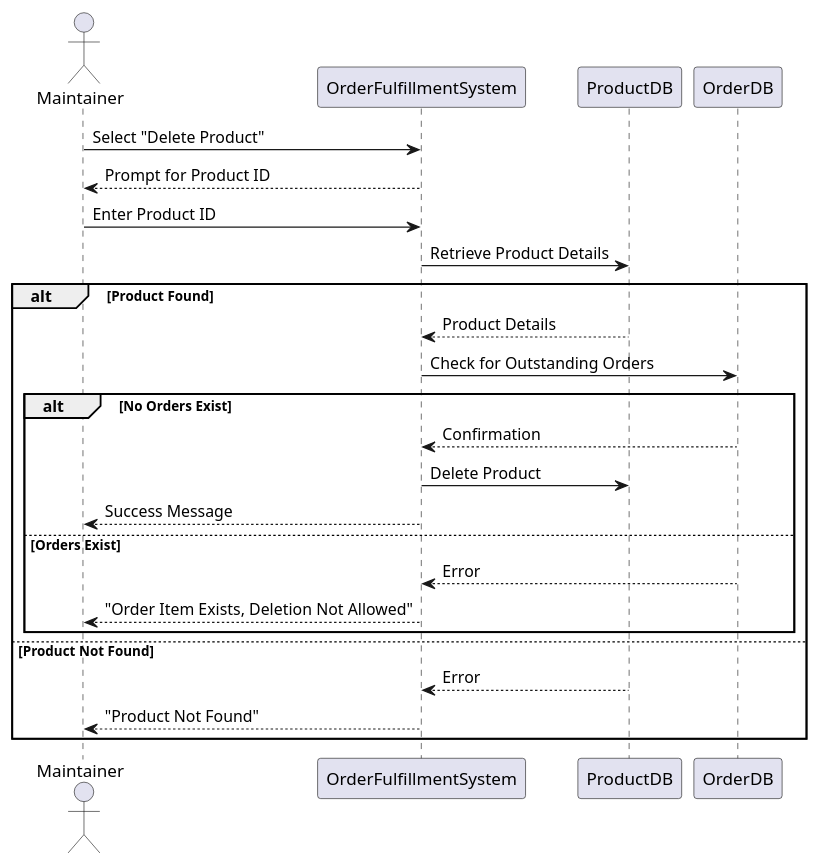
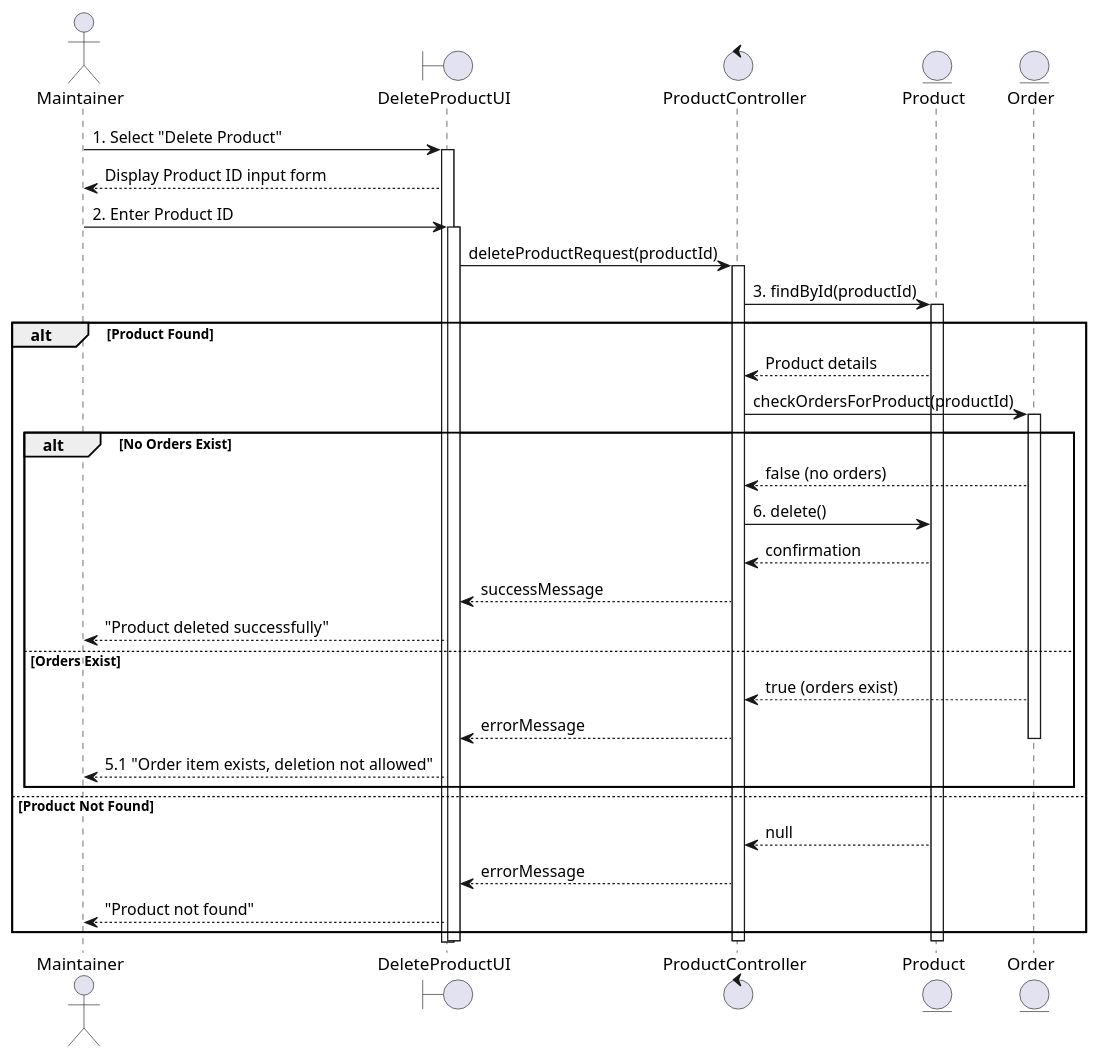
Before and after one commit to douglasswmcst/SAD_USECASE_ACTIVITY: the diagram in delete_product.puml, drawn with PlantUML. The commit also changed 4 other files, not shown here.

```diff
--- a/delete_product.puml
+++ b/delete_product.puml
@@ -1,26 +1,44 @@
 @startuml DeleteProductSequence
 actor Maintainer
-participant "OrderFulfillmentSystem" as OFS
-participant "ProductDB" as DB
-participant "OrderDB" as ODB
+boundary "DeleteProductUI" as UI
+control "ProductController" as Controller
+entity "Product" as Product
+entity "Order" as Order
 
-Maintainer -> OFS: Select "Delete Product"
-OFS --> Maintainer: Prompt for Product ID
-Maintainer -> OFS: Enter Product ID
-OFS -> DB: Retrieve Product Details
+Maintainer -> UI: 1. Select "Delete Product"
+activate UI
+UI --> Maintainer: Display Product ID input form
+
+Maintainer -> UI: 2. Enter Product ID
+activate UI
+UI -> Controller: deleteProductRequest(productId)
+activate Controller
+
+Controller -> Product: 3. findById(productId)
+activate Product
 alt Product Found
-    DB --> OFS: Product Details
-    OFS -> ODB: Check for Outstanding Orders
+    Product --> Controller: Product details
+    Controller -> Order: checkOrdersForProduct(productId)
+    activate Order
     alt No Orders Exist
-        ODB --> OFS: Confirmation
-        OFS -> DB: Delete Product
-        OFS --> Maintainer: Success Message
+        Order --> Controller: false (no orders)
+        Controller -> Product: 6. delete()
+        Product --> Controller: confirmation
+        Controller --> UI: successMessage
+        UI --> Maintainer: "Product deleted successfully"
     else Orders Exist
-        ODB --> OFS: Error
-        OFS --> Maintainer: "Order Item Exists, Deletion Not Allowed"
+        Order --> Controller: true (orders exist)
+        Controller --> UI: errorMessage
+        deactivate Order
+        UI --> Maintainer: 5.1 "Order item exists, deletion not allowed"
     end
 else Product Not Found
-    DB --> OFS: Error
-    OFS --> Maintainer: "Product Not Found"
+    Product --> Controller: null
+    Controller --> UI: errorMessage
+    UI --> Maintainer: "Product not found"
 end
+
+deactivate Product
+deactivate Controller
+deactivate UI
 @enduml
```
